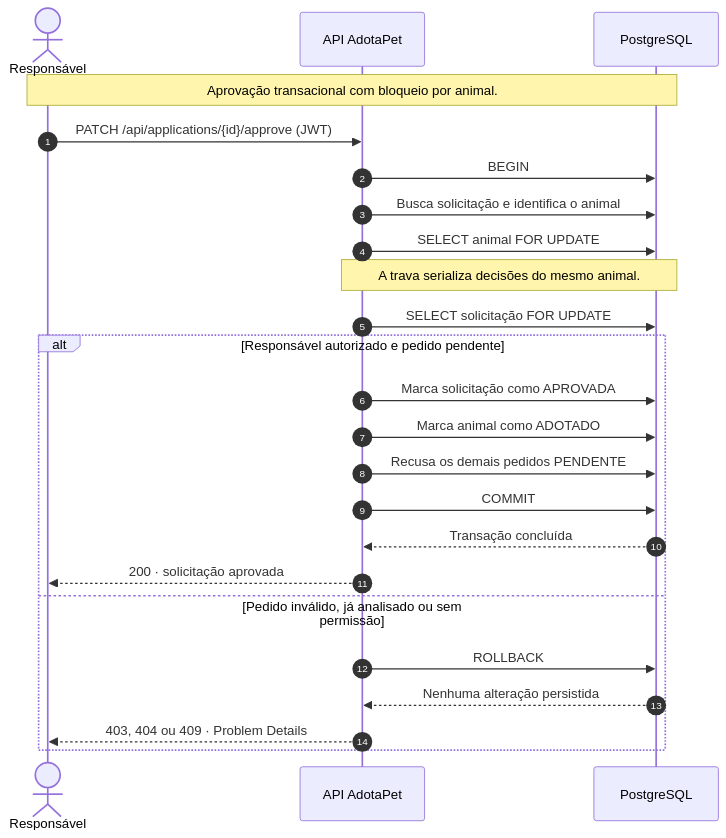
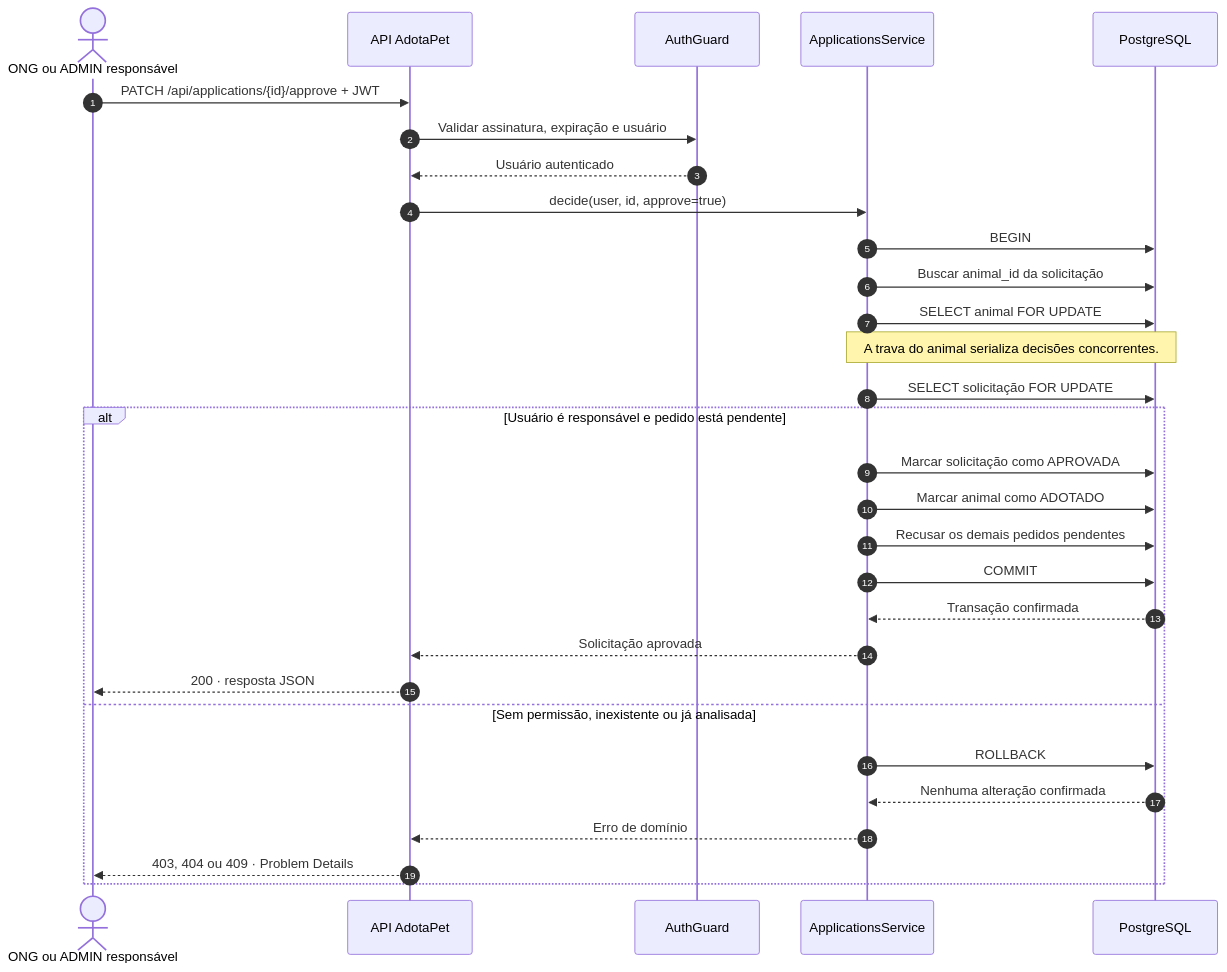
Before and after one commit to KerollayneAkemy/API--ADOTAPET: the diagram in docs/arquitetura/diagramas/05-sequencia-aprovacao.mmd, drawn with Mermaid. The commit also changed 10 other files, not shown here.

Commit message:
docs: refazer diagramas C4 e UML do AdotaPet

```diff
--- a/docs/arquitetura/diagramas/05-sequencia-aprovacao.mmd
+++ b/docs/arquitetura/diagramas/05-sequencia-aprovacao.mmd
@@ -1,26 +1,32 @@
 sequenceDiagram
   autonumber
-  actor responsavel as Responsável
-  participant api as API AdotaPet
-  participant db as PostgreSQL
-  Note over responsavel,db: Aprovação transacional com bloqueio por animal.
+  actor Responsavel as ONG ou ADMIN responsável
+  participant API as API AdotaPet
+  participant Guard as AuthGuard
+  participant Servico as ApplicationsService
+  participant PG as PostgreSQL
 
-  responsavel->>api: PATCH /api/applications/{id}/approve (JWT)
-  api->>db: BEGIN
-  api->>db: Busca solicitação e identifica o animal
-  api->>db: SELECT animal FOR UPDATE
-  Note over api,db: A trava serializa decisões do mesmo animal.
-  api->>db: SELECT solicitação FOR UPDATE
+  Responsavel->>API: PATCH /api/applications/{id}/approve + JWT
+  API->>Guard: Validar assinatura, expiração e usuário
+  Guard-->>API: Usuário autenticado
+  API->>Servico: decide(user, id, approve=true)
+  Servico->>PG: BEGIN
+  Servico->>PG: Buscar animal_id da solicitação
+  Servico->>PG: SELECT animal FOR UPDATE
+  Note over Servico,PG: A trava do animal serializa decisões concorrentes.
+  Servico->>PG: SELECT solicitação FOR UPDATE
 
-  alt Responsável autorizado e pedido pendente
-    api->>db: Marca solicitação como APROVADA
-    api->>db: Marca animal como ADOTADO
-    api->>db: Recusa os demais pedidos PENDENTE
-    api->>db: COMMIT
-    db-->>api: Transação concluída
-    api-->>responsavel: 200 · solicitação aprovada
-  else Pedido inválido, já analisado ou sem permissão
-    api->>db: ROLLBACK
-    db-->>api: Nenhuma alteração persistida
-    api-->>responsavel: 403, 404 ou 409 · Problem Details
+  alt Usuário é responsável e pedido está pendente
+    Servico->>PG: Marcar solicitação como APROVADA
+    Servico->>PG: Marcar animal como ADOTADO
+    Servico->>PG: Recusar os demais pedidos pendentes
+    Servico->>PG: COMMIT
+    PG-->>Servico: Transação confirmada
+    Servico-->>API: Solicitação aprovada
+    API-->>Responsavel: 200 · resposta JSON
+  else Sem permissão, inexistente ou já analisada
+    Servico->>PG: ROLLBACK
+    PG-->>Servico: Nenhuma alteração confirmada
+    Servico-->>API: Erro de domínio
+    API-->>Responsavel: 403, 404 ou 409 · Problem Details
   end
```
